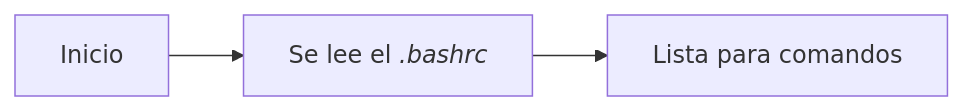
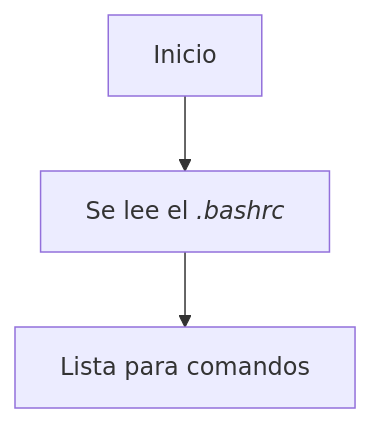
One commit to Troyanos-Robotics-Club/documentation-obsidian changed the first of 3 diagrams in documentation/Introduccion a Linux.md. Above: the diagram before and after it, drawn with Mermaid. The commit also changed other lines of this file and 2 other files, not shown here.

````diff
--- a/documentation/Introduccion a Linux.md
+++ b/documentation/Introduccion a Linux.md
@@ -88,5 +88,5 @@
 ```mermaid
-flowchart LR
+flowchart 
 	A[Inicio] --> B
 	B["`Se lee el *.bashrc*`"] --> C[Lista para comandos]
 ```
````
